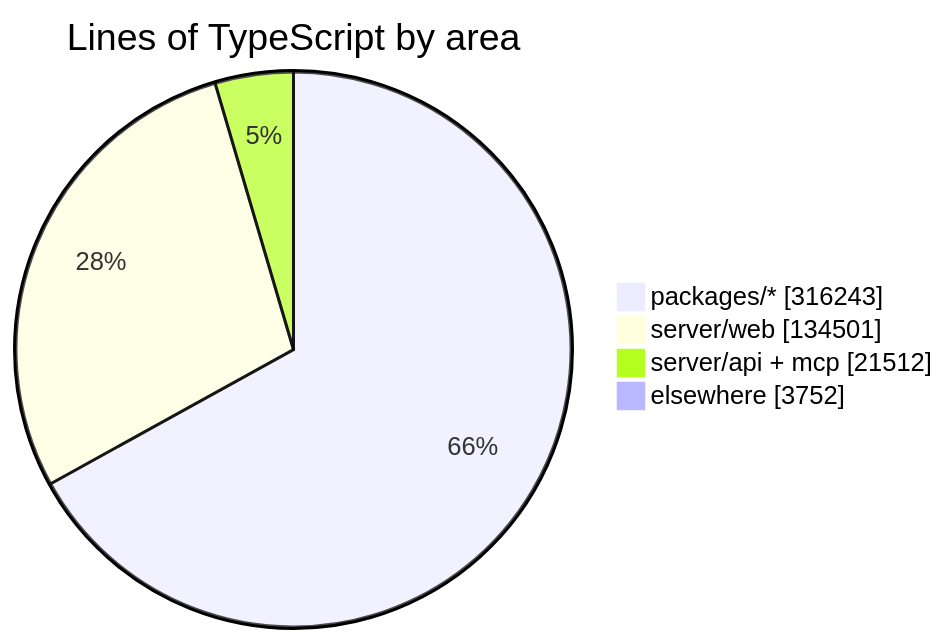
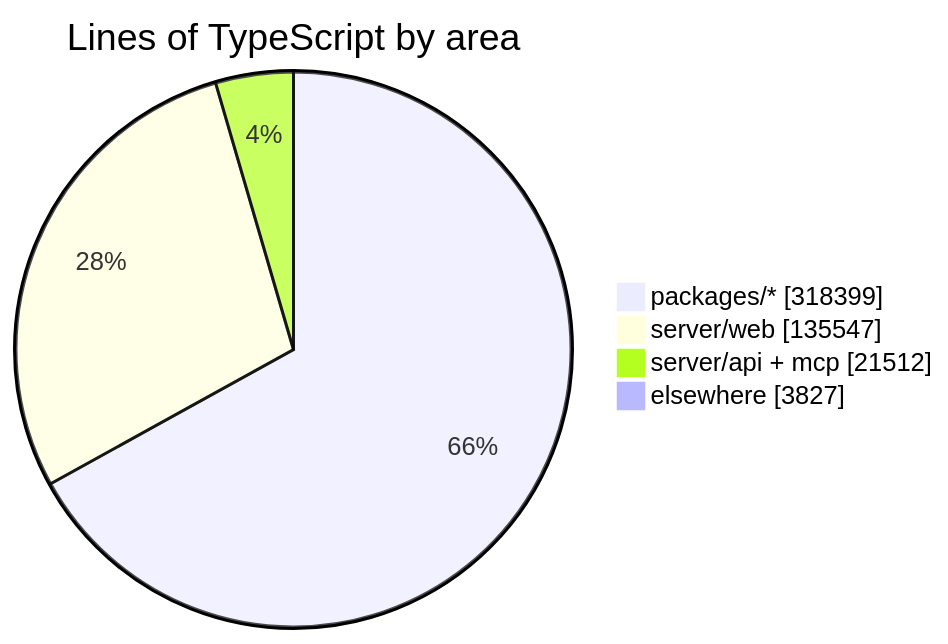
Before and after one commit to crossworks-engineering/mantle: the diagram in README.md, drawn with Mermaid. The commit also changed other lines of this file and 2 other files, not shown here.

````diff
--- a/README.md
+++ b/README.md
@@ -294,7 +294,7 @@
 ```mermaid
 pie showData title Lines of TypeScript by area
-    "packages/*" : 316243
-    "server/web" : 134501
+    "packages/*" : 318399
+    "server/web" : 135547
     "server/api + mcp" : 21512
-    "elsewhere" : 3752
+    "elsewhere" : 3827
 ```
````
